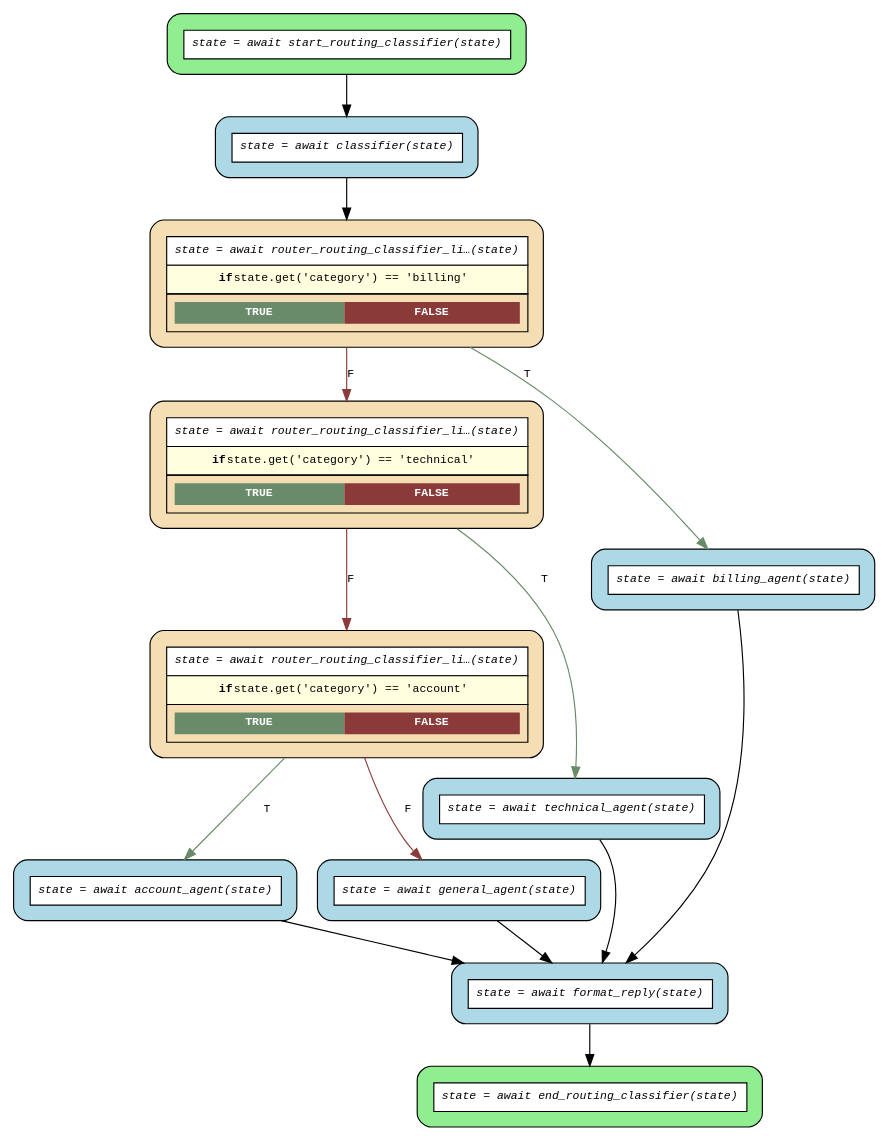
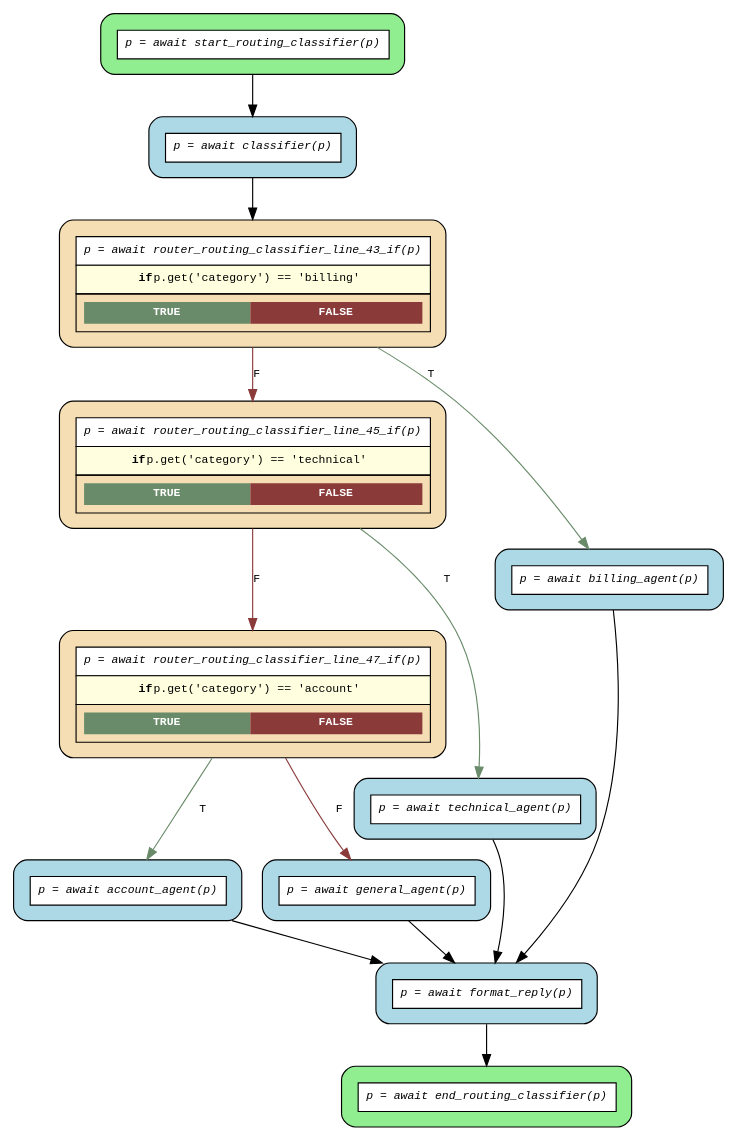
The diagram in examples/flows/agentic/compiled/routing_classifier/flow.dot (mrhillsman-enterprise-ai/asya), drawn with Graphviz before and after one commit. The commit also changed 161 other files, not shown here.

First line of the commit message:
fix(flow-compiler): generate SVG instead of PNG for deterministic pre-commit flow diagrams [bvs4] (#302)

```diff
--- a/examples/flows/agentic/compiled/routing_classifier/flow.dot
+++ b/examples/flows/agentic/compiled/routing_classifier/flow.dot
@@ -1,32 +1,32 @@
 digraph flow {
   rankdir=TB;
   graph [fontname="Courier", fontsize=10];
   node [fontname="Courier", fontsize=10, shape=box, style="filled,rounded", margin="0.2"];
   edge [fontname="Courier", fontsize=10];
 
-  start_routing_classifier [fillcolor="lightgreen", group="main", label=<<table border="0" cellspacing="0" cellpadding="6" cellborder="1"><tr><td bgcolor="white" align="center"><i>state = await start_routing_classifier(state)</i></td></tr></table>>];
-  router_routing_classifier_line_47_if [fillcolor="wheat", group="main", label=<<table border="0" cellspacing="0" cellpadding="6" cellborder="1"><tr><td bgcolor="white" align="center"><i>state = await router_routing_classifier_li…(state)</i></td></tr><tr><td bgcolor="lightyellow"><b>if</b> state.get('category') == 'account'</td></tr><tr><td><table border="0" cellspacing="0" cellpadding="4"><tr><td bgcolor="darkseagreen4"><font color="white"><b>TRUE</b></font></td><td bgcolor="indianred4"><font color="white"><b>FALSE</b></font></td></tr></table></td></tr></table>>];
-  router_routing_classifier_line_45_if [fillcolor="wheat", group="main", label=<<table border="0" cellspacing="0" cellpadding="6" cellborder="1"><tr><td bgcolor="white" align="center"><i>state = await router_routing_classifier_li…(state)</i></td></tr><tr><td bgcolor="lightyellow"><b>if</b> state.get('category') == 'technical'</td></tr><tr><td><table border="0" cellspacing="0" cellpadding="4"><tr><td bgcolor="darkseagreen4"><font color="white"><b>TRUE</b></font></td><td bgcolor="indianred4"><font color="white"><b>FALSE</b></font></td></tr></table></td></tr></table>>];
-  router_routing_classifier_line_43_if [fillcolor="wheat", group="main", label=<<table border="0" cellspacing="0" cellpadding="6" cellborder="1"><tr><td bgcolor="white" align="center"><i>state = await router_routing_classifier_li…(state)</i></td></tr><tr><td bgcolor="lightyellow"><b>if</b> state.get('category') == 'billing'</td></tr><tr><td><table border="0" cellspacing="0" cellpadding="4"><tr><td bgcolor="darkseagreen4"><font color="white"><b>TRUE</b></font></td><td bgcolor="indianred4"><font color="white"><b>FALSE</b></font></td></tr></table></td></tr></table>>];
-  end_routing_classifier [fillcolor="lightgreen", group="main", label=<<table border="0" cellspacing="0" cellpadding="6" cellborder="1"><tr><td bgcolor="white" align="center"><i>state = await end_routing_classifier(state)</i></td></tr></table>>];
-  account_agent [fillcolor="lightblue", label=<<table border="0" cellspacing="0" cellpadding="6" cellborder="1"><tr><td bgcolor="white" align="center"><i>state = await account_agent(state)</i></td></tr></table>>];
-  billing_agent [fillcolor="lightblue", label=<<table border="0" cellspacing="0" cellpadding="6" cellborder="1"><tr><td bgcolor="white" align="center"><i>state = await billing_agent(state)</i></td></tr></table>>];
-  classifier [fillcolor="lightblue", label=<<table border="0" cellspacing="0" cellpadding="6" cellborder="1"><tr><td bgcolor="white" align="center"><i>state = await classifier(state)</i></td></tr></table>>];
-  format_reply [fillcolor="lightblue", label=<<table border="0" cellspacing="0" cellpadding="6" cellborder="1"><tr><td bgcolor="white" align="center"><i>state = await format_reply(state)</i></td></tr></table>>];
-  general_agent [fillcolor="lightblue", label=<<table border="0" cellspacing="0" cellpadding="6" cellborder="1"><tr><td bgcolor="white" align="center"><i>state = await general_agent(state)</i></td></tr></table>>];
-  technical_agent [fillcolor="lightblue", label=<<table border="0" cellspacing="0" cellpadding="6" cellborder="1"><tr><td bgcolor="white" align="center"><i>state = await technical_agent(state)</i></td></tr></table>>];
+  start_routing_classifier [fillcolor="lightgreen", group="main", label=<<table border="0" cellspacing="0" cellpadding="6" cellborder="1"><tr><td bgcolor="white" align="center"><i>p = await start_routing_classifier(p)</i></td></tr></table>>];
+  router_routing_classifier_line_47_if [fillcolor="wheat", group="main", label=<<table border="0" cellspacing="0" cellpadding="6" cellborder="1"><tr><td bgcolor="white" align="center"><i>p = await router_routing_classifier_line_47_if(p)</i></td></tr><tr><td bgcolor="lightyellow"><b>if</b> p.get('category') == 'account'</td></tr><tr><td><table border="0" cellspacing="0" cellpadding="4"><tr><td bgcolor="darkseagreen4"><font color="white"><b>TRUE</b></font></td><td bgcolor="indianred4"><font color="white"><b>FALSE</b></font></td></tr></table></td></tr></table>>];
+  router_routing_classifier_line_45_if [fillcolor="wheat", group="main", label=<<table border="0" cellspacing="0" cellpadding="6" cellborder="1"><tr><td bgcolor="white" align="center"><i>p = await router_routing_classifier_line_45_if(p)</i></td></tr><tr><td bgcolor="lightyellow"><b>if</b> p.get('category') == 'technical'</td></tr><tr><td><table border="0" cellspacing="0" cellpadding="4"><tr><td bgcolor="darkseagreen4"><font color="white"><b>TRUE</b></font></td><td bgcolor="indianred4"><font color="white"><b>FALSE</b></font></td></tr></table></td></tr></table>>];
+  router_routing_classifier_line_43_if [fillcolor="wheat", group="main", label=<<table border="0" cellspacing="0" cellpadding="6" cellborder="1"><tr><td bgcolor="white" align="center"><i>p = await router_routing_classifier_line_43_if(p)</i></td></tr><tr><td bgcolor="lightyellow"><b>if</b> p.get('category') == 'billing'</td></tr><tr><td><table border="0" cellspacing="0" cellpadding="4"><tr><td bgcolor="darkseagreen4"><font color="white"><b>TRUE</b></font></td><td bgcolor="indianred4"><font color="white"><b>FALSE</b></font></td></tr></table></td></tr></table>>];
+  end_routing_classifier [fillcolor="lightgreen", group="main", label=<<table border="0" cellspacing="0" cellpadding="6" cellborder="1"><tr><td bgcolor="white" align="center"><i>p = await end_routing_classifier(p)</i></td></tr></table>>];
+  account_agent [fillcolor="lightblue", label=<<table border="0" cellspacing="0" cellpadding="6" cellborder="1"><tr><td bgcolor="white" align="center"><i>p = await account_agent(p)</i></td></tr></table>>];
+  billing_agent [fillcolor="lightblue", label=<<table border="0" cellspacing="0" cellpadding="6" cellborder="1"><tr><td bgcolor="white" align="center"><i>p = await billing_agent(p)</i></td></tr></table>>];
+  classifier [fillcolor="lightblue", label=<<table border="0" cellspacing="0" cellpadding="6" cellborder="1"><tr><td bgcolor="white" align="center"><i>p = await classifier(p)</i></td></tr></table>>];
+  format_reply [fillcolor="lightblue", label=<<table border="0" cellspacing="0" cellpadding="6" cellborder="1"><tr><td bgcolor="white" align="center"><i>p = await format_reply(p)</i></td></tr></table>>];
+  general_agent [fillcolor="lightblue", label=<<table border="0" cellspacing="0" cellpadding="6" cellborder="1"><tr><td bgcolor="white" align="center"><i>p = await general_agent(p)</i></td></tr></table>>];
+  technical_agent [fillcolor="lightblue", label=<<table border="0" cellspacing="0" cellpadding="6" cellborder="1"><tr><td bgcolor="white" align="center"><i>p = await technical_agent(p)</i></td></tr></table>>];
 
   account_agent -> format_reply;
   billing_agent -> format_reply;
   classifier -> router_routing_classifier_line_43_if;
   format_reply -> end_routing_classifier;
   general_agent -> format_reply;
   router_routing_classifier_line_43_if -> billing_agent [label="T", color=darkseagreen4];
   router_routing_classifier_line_43_if -> router_routing_classifier_line_45_if [label="F", color=indianred4];
   router_routing_classifier_line_45_if -> router_routing_classifier_line_47_if [label="F", color=indianred4];
   router_routing_classifier_line_45_if -> technical_agent [label="T", color=darkseagreen4];
   router_routing_classifier_line_47_if -> account_agent [label="T", color=darkseagreen4];
   router_routing_classifier_line_47_if -> general_agent [label="F", color=indianred4];
   start_routing_classifier -> classifier;
   technical_agent -> format_reply;
 }
```
